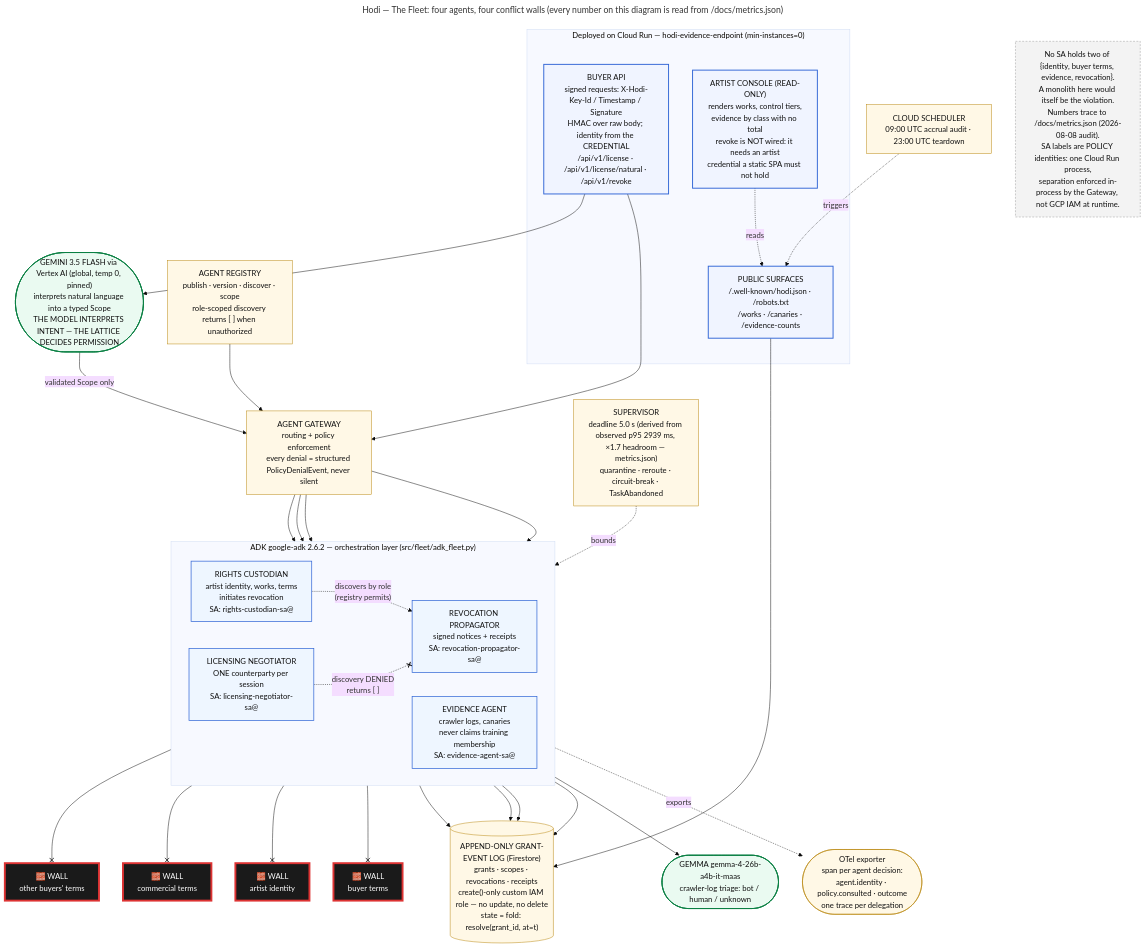
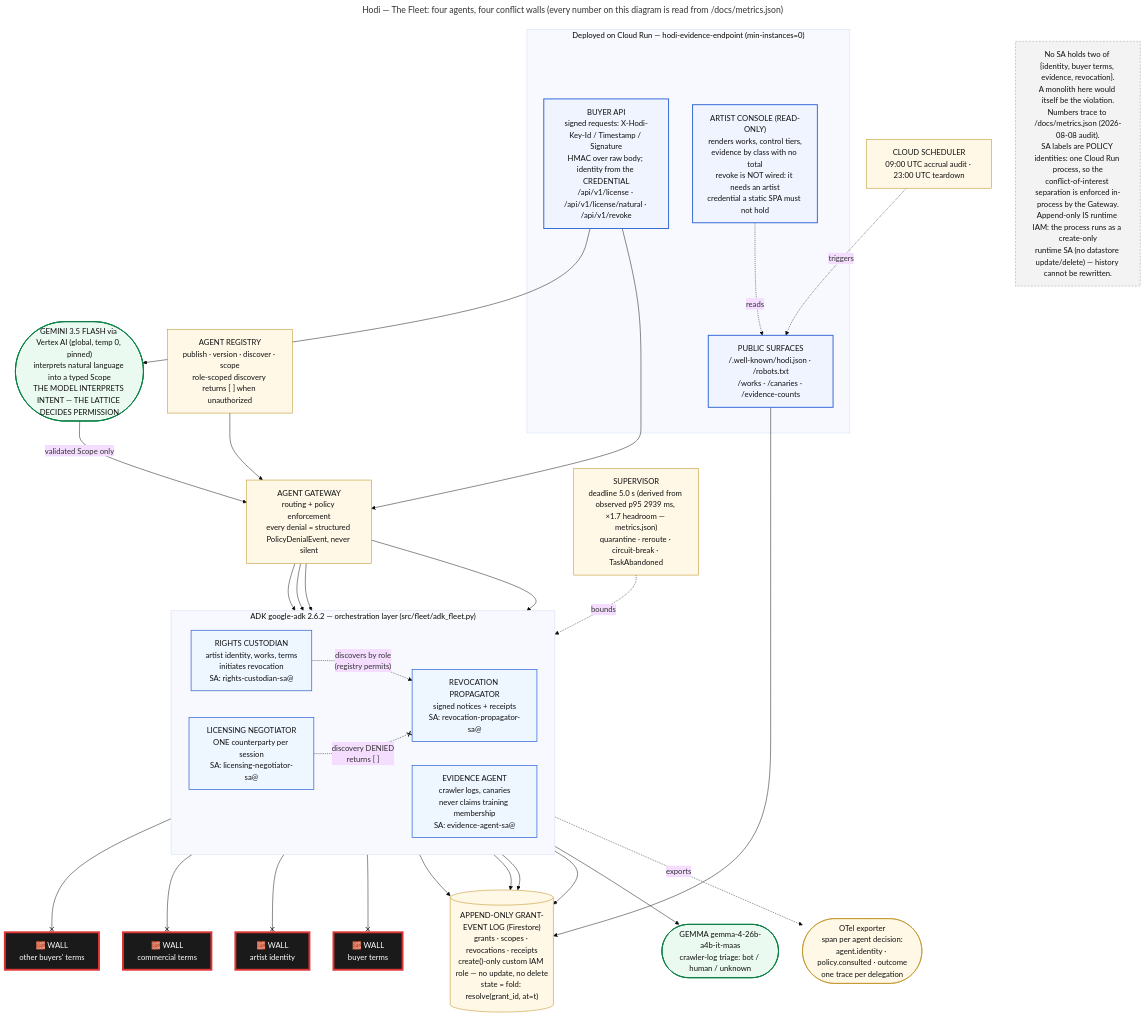
Before and after one commit to Jeremiah-Sakuda/Hodi: the diagram in docs/architecture/diagram_a_the_fleet.mmd, drawn with Mermaid (base theme). The commit also changed 11 other files, not shown here.

```diff
--- a/docs/architecture/diagram_a_the_fleet.mmd
+++ b/docs/architecture/diagram_a_the_fleet.mmd
@@ -1,83 +1,83 @@
 ---
 title: "Hodi — The Fleet: four agents, four conflict walls (every number on this diagram is read from /docs/metrics.json)"
 ---
 flowchart TB
 
     REG["AGENT REGISTRY<br/>publish · version · discover · scope<br/>role-scoped discovery returns [ ] when unauthorized"]
 
     GW["AGENT GATEWAY<br/>routing + policy enforcement<br/>every denial = structured PolicyDenialEvent, never silent"]
 
     REG --> GW
 
     subgraph ADK["ADK google-adk 2.6.2 — orchestration layer (src/fleet/adk_fleet.py)"]
         direction LR
         RC["RIGHTS CUSTODIAN<br/>artist identity, works, terms<br/>initiates revocation<br/>SA: rights-custodian-sa@"]
         LN["LICENSING NEGOTIATOR<br/>ONE counterparty per session<br/>SA: licensing-negotiator-sa@"]
         EV["EVIDENCE AGENT<br/>crawler logs, canaries<br/>never claims training membership<br/>SA: evidence-agent-sa@"]
         RP["REVOCATION PROPAGATOR<br/>signed notices + receipts<br/>SA: revocation-propagator-sa@"]
     end
 
     OTEL(["OTel exporter<br/>span per agent decision:<br/>agent.identity · policy.consulted · outcome<br/>one trace per delegation"])
     ADK -.exports.-> OTEL
 
     RC -. "discovers by role<br/>(registry permits)" .-> RP
     LN -. "discovery DENIED<br/>returns [ ]" .-x RP
 
     GW --> RC
     GW --> LN
     GW --> EV
     GW --> RP
 
     W1["🧱 WALL<br/>other buyers' terms"]
     W2["🧱 WALL<br/>commercial terms"]
     W3["🧱 WALL<br/>artist identity"]
     W4["🧱 WALL<br/>buyer terms"]
 
     LN --x W1
     EV --x W2
     RP --x W3
     RC --x W4
 
     LOG[("APPEND-ONLY GRANT-EVENT LOG (Firestore)<br/>grants · scopes · revocations · receipts<br/>create()-only custom IAM role — no update, no delete<br/>state = fold: resolve(grant_id, at=t)")]
 
     RC --> LOG
     LN --> LOG
     EV --> LOG
     RP --> LOG
 
     SUP["SUPERVISOR<br/>deadline 5.0 s (derived from observed p95 2939 ms, ×1.7 headroom — metrics.json)<br/>quarantine · reroute · circuit-break · TaskAbandoned"]
     SUP -.bounds.-> ADK
 
     subgraph DEPLOYED["Deployed on Cloud Run — hodi-evidence-endpoint (min-instances=0)"]
         API["BUYER API<br/>signed requests: X-Hodi-Key-Id / Timestamp / Signature<br/>HMAC over raw body; identity from the CREDENTIAL<br/>/api/v1/license · /api/v1/license/natural · /api/v1/revoke"]
         PUB["PUBLIC SURFACES<br/>/.well-known/hodi.json · /robots.txt<br/>/works · /canaries · /evidence-counts"]
         CON["ARTIST CONSOLE (READ-ONLY)<br/>renders works, control tiers,<br/>evidence by class with no total<br/>revoke is NOT wired: it needs an artist<br/>credential a static SPA must not hold"]
     end
 
     GEM(["GEMINI 3.5 FLASH via Vertex AI (global, temp 0, pinned)<br/>interprets natural language into a typed Scope<br/>THE MODEL INTERPRETS INTENT — THE LATTICE DECIDES PERMISSION"])
     GMA(["GEMMA gemma-4-26b-a4b-it-maas<br/>crawler-log triage: bot / human / unknown"])
     SCH["CLOUD SCHEDULER<br/>09:00 UTC accrual audit · 23:00 UTC teardown"]
 
     API --> GEM
     GEM -- "validated Scope only" --> GW
     API --> GW
     CON -. reads .-> PUB
     PUB --> LOG
     EV --> GMA
     SCH -.triggers.-> PUB
 
-    NOTE["No SA holds two of {identity, buyer terms, evidence, revocation}.<br/>A monolith here would itself be the violation.<br/>Numbers trace to /docs/metrics.json (2026-08-08 audit).<br/>SA labels are POLICY identities: one Cloud Run process,<br/>separation enforced in-process by the Gateway, not GCP IAM at runtime."]
+    NOTE["No SA holds two of {identity, buyer terms, evidence, revocation}.<br/>A monolith here would itself be the violation.<br/>Numbers trace to /docs/metrics.json (2026-08-08 audit).<br/>SA labels are POLICY identities: one Cloud Run process, so the<br/>conflict-of-interest separation is enforced in-process by the Gateway.<br/>Append-only IS runtime IAM: the process runs as a create-only<br/>runtime SA (no datastore update/delete) — history cannot be rewritten."]
 
     classDef wall fill:#1a1a1a,color:#ffffff,stroke:#d33,stroke-width:4px
     classDef agent fill:#eef6ff,stroke:#3367d6,stroke-width:1.5px,color:#111
     classDef infra fill:#fff8e6,stroke:#b8860b,color:#111
     classDef note fill:#f3f3f3,stroke:#999,stroke-dasharray:4 3,color:#111
     classDef model fill:#eafaf1,stroke:#0b8043,stroke-width:2px,color:#111
     classDef deployed fill:#f0f4ff,stroke:#3367d6,stroke-width:2px,color:#111
 
     class W1,W2,W3,W4 wall
     class RC,LN,EV,RP agent
     class REG,GW,LOG,SUP,OTEL,SCH infra
     class GEM,GMA model
     class API,PUB,CON deployed
     class NOTE note
```
